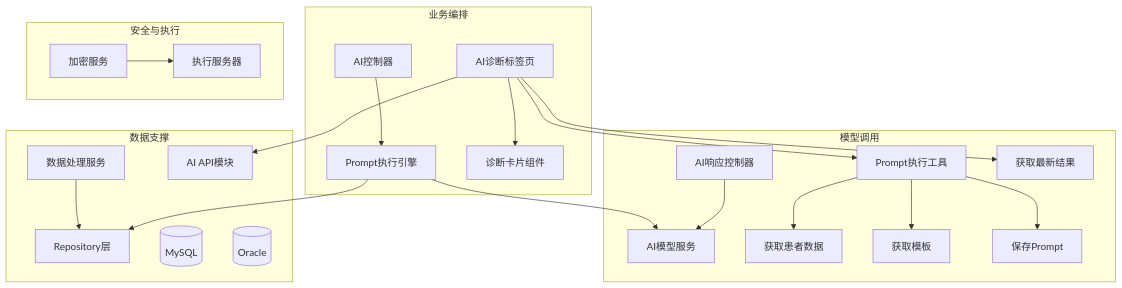
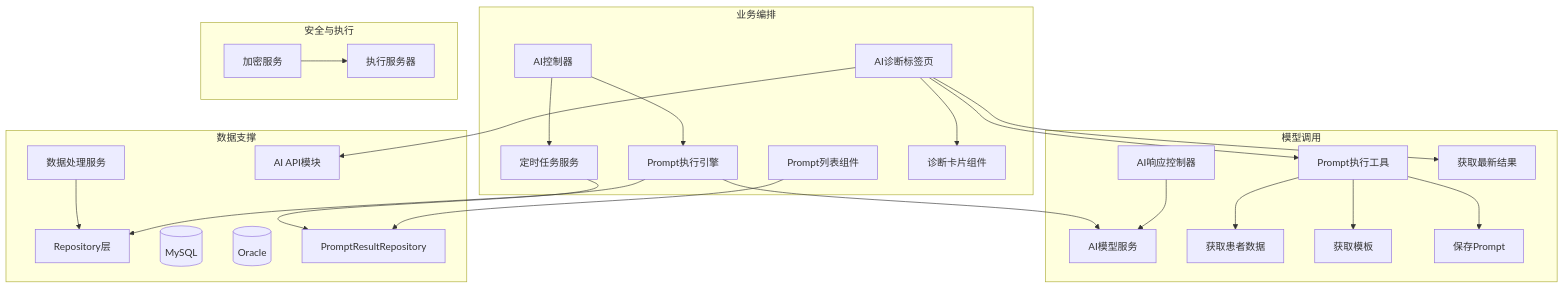
One commit to liuzh2008/med_ai_assistant_workspace changed the second of 8 diagrams in .qoder/repowiki/zh/content/核心功能模块/AI诊断辅助系统.md. Above: the diagram before and after it, drawn with Mermaid. The commit also changed other lines of this file and 2 other files, not shown here.

````diff
--- a/.qoder/repowiki/zh/content/核心功能模块/AI诊断辅助系统.md
+++ b/.qoder/repowiki/zh/content/核心功能模块/AI诊断辅助系统.md
@@ -134,42 +150,48 @@
 ```mermaid
 graph TB
 subgraph "业务编排"
 AI[AI控制器]
 PromptSvc[Prompt执行引擎]
+TimerSvc[定时任务服务]
 AIDiagnosisTab[AI诊断标签页]
+PromptList[Prompt列表组件]
 DiagnosisCard[诊断卡片组件]
 end
 subgraph "模型调用"
 AIResp[AI响应控制器]
 AIModel[AI模型服务]
 handlePromptExecution[Prompt执行工具]
 getLatestPromptResult[获取最新结果]
 getPatientData[获取患者数据]
 getPromptTemplate[获取模板]
 addPrompt[保存Prompt]
 end
 subgraph "数据支撑"
 DataSvc[数据处理服务]
 Repo[Repository层]
 MySQL[(MySQL)]
 Oracle[(Oracle)]
 apiAI[AI API模块]
+PromptResultRepo[PromptResultRepository]
 end
 subgraph "安全与执行"
 Encrypt[加密服务]
 ExecServer[执行服务器]
 end
 AI --> PromptSvc
+AI --> TimerSvc
 AIDiagnosisTab --> DiagnosisCard
 AIDiagnosisTab --> handlePromptExecution
 AIDiagnosisTab --> getLatestPromptResult
 AIDiagnosisTab --> apiAI
+PromptList --> PromptResultRepo
 handlePromptExecution --> getPatientData
 handlePromptExecution --> getPromptTemplate
 handlePromptExecution --> addPrompt
 AIResp --> AIModel
 PromptSvc --> Repo
+TimerSvc --> PromptResultRepo
 DataSvc --> Repo
 Encrypt --> ExecServer
 PromptSvc --> AIModel
 ```
````
